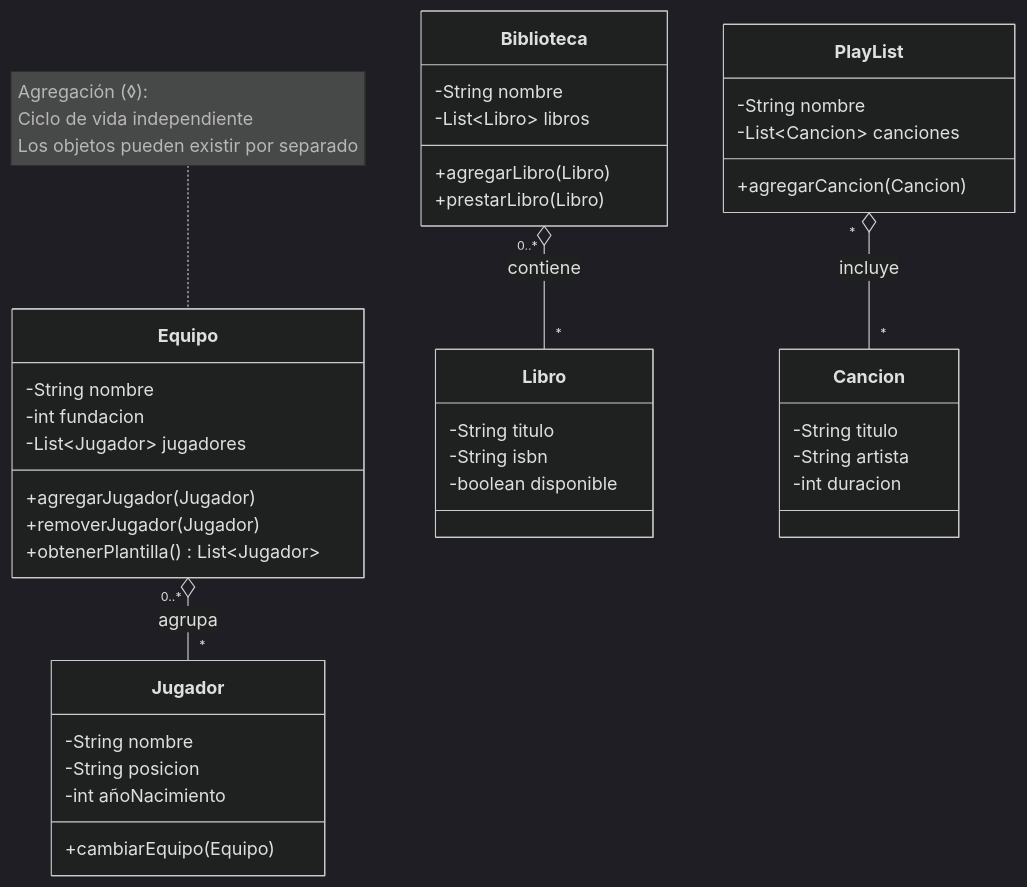
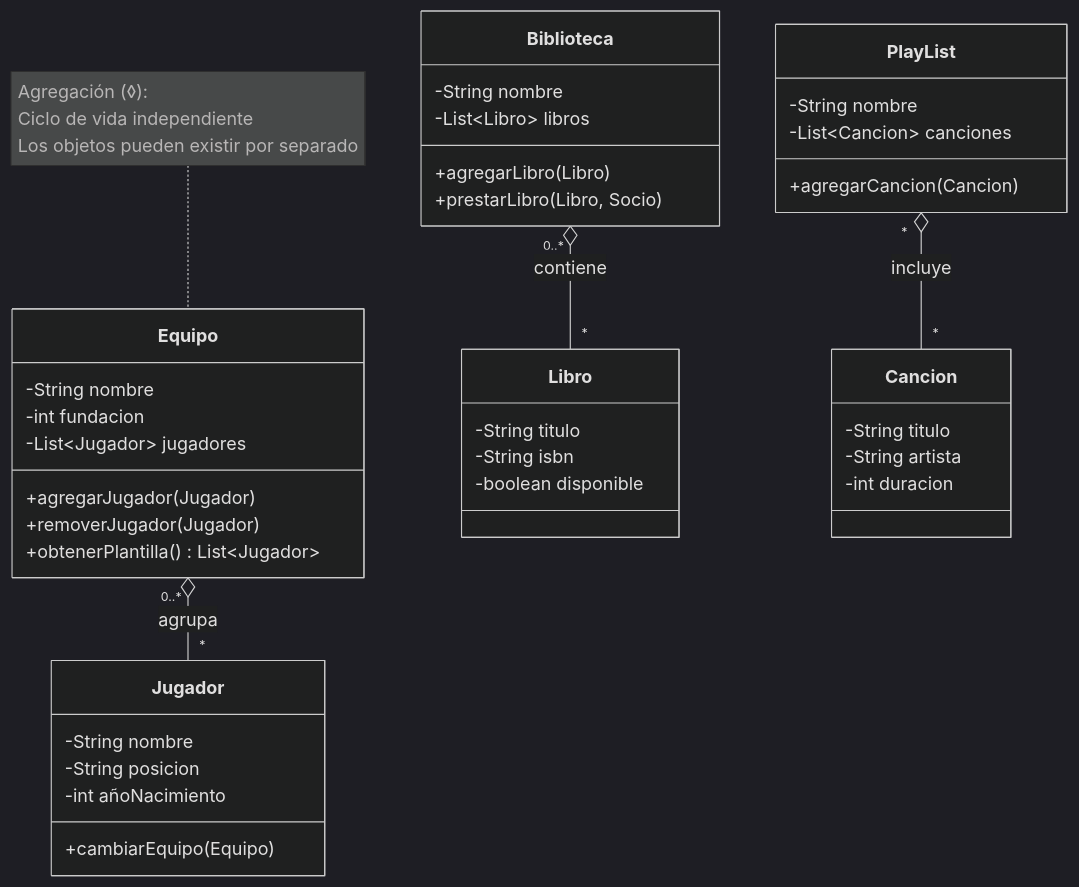
One commit to INGCOM-UNRN-PII/INGCOM-UNRN-PII.github.io changed the fifth of 7 diagrams in apunte_2/02_oop_relaciones.md. Above: the diagram before and after it, drawn with Mermaid (dark theme). The commit also changed other lines of this file and 68 other files, not shown here.

````diff
--- a/apunte_2/02_oop_relaciones.md
+++ b/apunte_2/02_oop_relaciones.md
@@ -702,49 +701,49 @@
 ```{mermaid}
 classDiagram
     class Equipo {
         -String nombre
         -int fundacion
         -List~Jugador~ jugadores
         +agregarJugador(Jugador)
         +removerJugador(Jugador)
         +obtenerPlantilla() List~Jugador~
     }
     
     class Jugador {
         -String nombre
         -String posicion
         -int añoNacimiento
         +cambiarEquipo(Equipo)
     }
     
     class Biblioteca {
         -String nombre
         -List~Libro~ libros
         +agregarLibro(Libro)
-        +prestarLibro(Libro)
+        +prestarLibro(Libro, Socio)
     }
     
     class Libro {
         -String titulo
         -String isbn
         -boolean disponible
     }
     
     class PlayList {
         -String nombre
         -List~Cancion~ canciones
         +agregarCancion(Cancion)
     }
     
     class Cancion {
         -String titulo
         -String artista
         -int duracion
     }
     
     Equipo "0..*" o-- "*" Jugador : agrupa
     Biblioteca "0..*" o-- "*" Libro : contiene
     PlayList "*" o-- "*" Cancion : incluye
     
     note for Equipo "Agregación (◊):<br>Ciclo de vida independiente<br>Los objetos pueden existir por separado"
 ```
````
